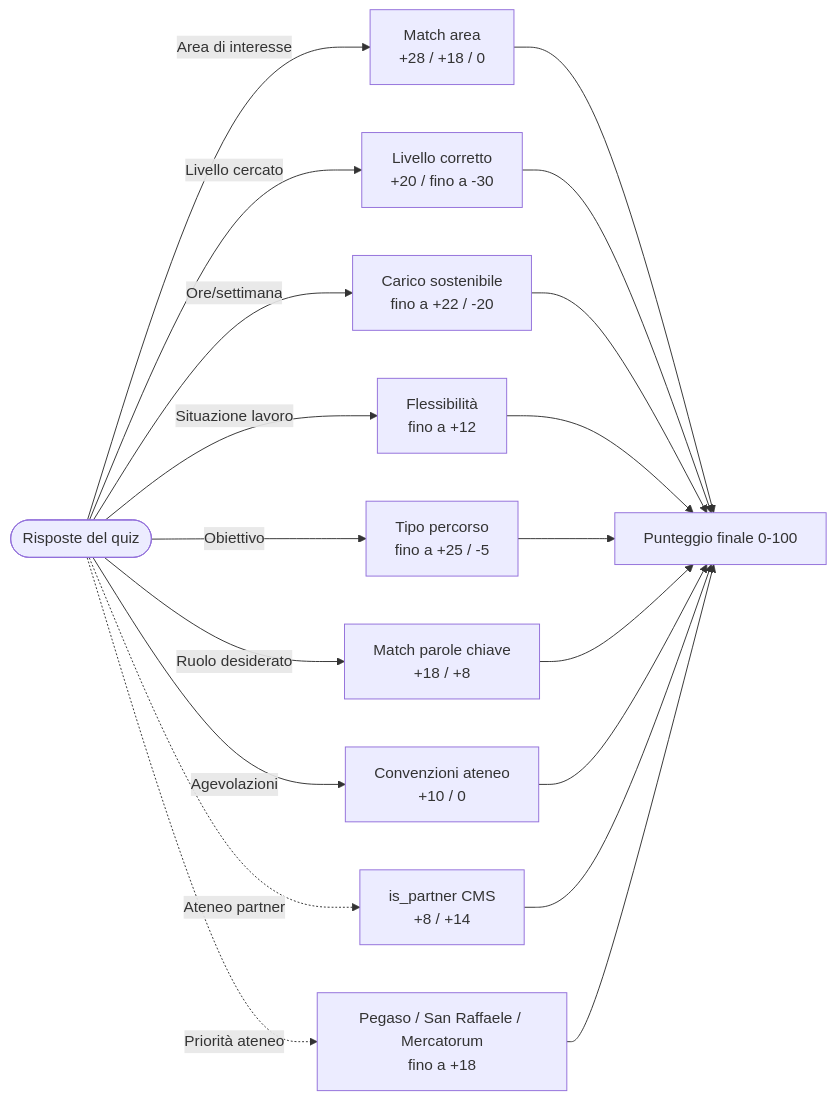
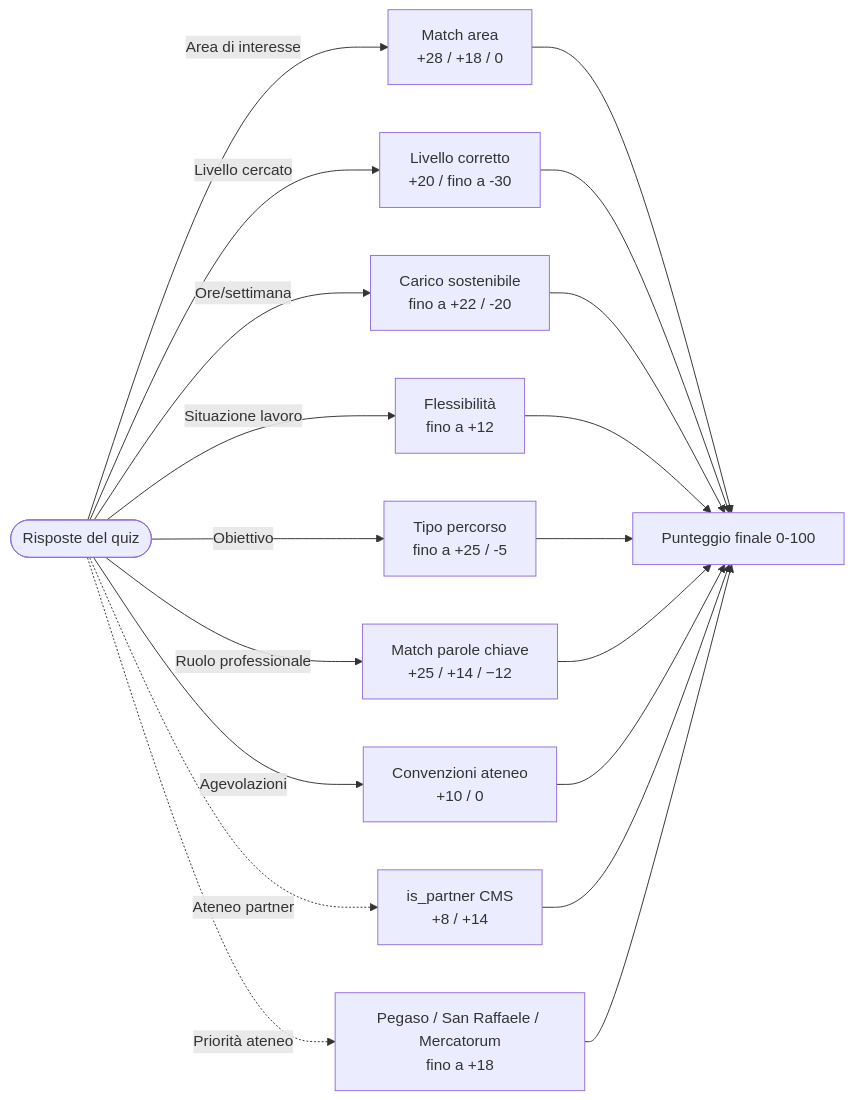
One commit to 247X-devs/laureasi-docs changed the second of 2 diagrams in algoritmi/orientamento.mdx. Above: the diagram before and after it, drawn with Mermaid. The commit also changed other lines of this file, not shown here.

First line of the commit message:
docs(algoritmo): aggiorna criterio ruolo con select professioni

````diff
--- a/algoritmi/orientamento.mdx
+++ b/algoritmi/orientamento.mdx
@@ -28,14 +28,14 @@
 ```mermaid
 flowchart LR
     Q(["Risposte del quiz"])
     Q -->|"Area di interesse"| C1["Match area\n+28 / +18 / 0"]
     Q -->|"Livello cercato"| C2["Livello corretto\n+20 / fino a -30"]
     Q -->|"Ore/settimana"| C4["Carico sostenibile\nfino a +22 / -20"]
     Q -->|"Situazione lavoro"| C5["Flessibilità\nfino a +12"]
     Q -->|"Obiettivo"| C6["Tipo percorso\nfino a +25 / -5"]
-    Q -->|"Ruolo desiderato"| C7["Match parole chiave\n+18 / +8"]
+    Q -->|"Ruolo professionale"| C7["Match parole chiave\n+25 / +14 / −12"]
     Q -->|"Agevolazioni"| C8["Convenzioni ateneo\n+10 / 0"]
     Q -.->|"Ateneo partner"| C9["is_partner CMS\n+8 / +14"]
     Q -.->|"Priorità ateneo"| C10["Pegaso / San Raffaele / Mercatorum\nfino a +18"]
     C1 & C2 & C4 & C5 & C6 & C7 & C8 & C9 & C10 --> TOTAL["Punteggio finale 0-100"]
 ```
````
